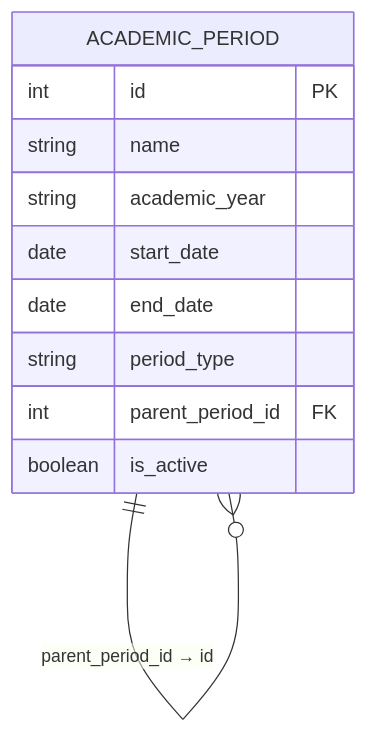
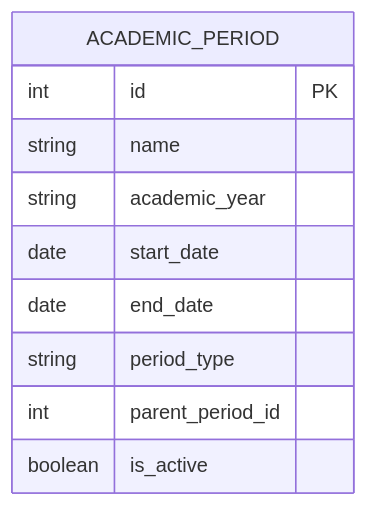
Before and after one commit to YuriSilenok/KPK_UP2_24-1P11: the diagram in S20/doc.md, drawn with Mermaid.

````diff
--- a/S20/doc.md
+++ b/S20/doc.md
@@ -117,15 +117,13 @@
 ```mermaid
 erDiagram
     ACADEMIC_PERIOD {
         int id PK
         string name
         string academic_year
         date start_date
         date end_date
         string period_type
-        int parent_period_id FK
+        int parent_period_id
         boolean is_active
     }
-
-    ACADEMIC_PERIOD ||--o{ ACADEMIC_PERIOD : "parent_period_id → id"
 ```
````
